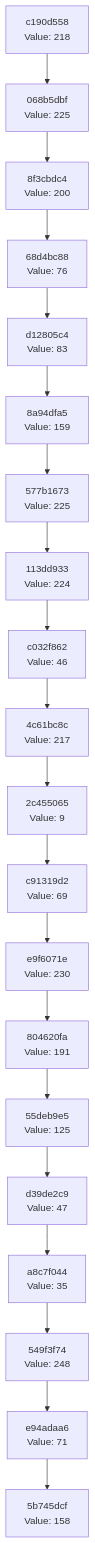
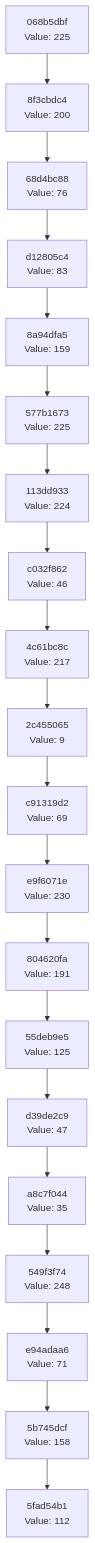
Before and after one commit to Abhisheksinha1506/hash-chain-evolver: the diagram in docs/CHAIN_VISUALIZATION.md, drawn with Mermaid. The commit also changed 3 other files, not shown here.

````diff
--- a/docs/CHAIN_VISUALIZATION.md
+++ b/docs/CHAIN_VISUALIZATION.md
@@ -3,42 +3,42 @@
 ```mermaid
 graph TD
-    C0["5b745dcf<br/>Value: 158"]
-    C1["e94adaa6<br/>Value: 71"]
+    C0["5fad54b1<br/>Value: 112"]
+    C1["5b745dcf<br/>Value: 158"]
     C1 --> C0
-    C2["549f3f74<br/>Value: 248"]
+    C2["e94adaa6<br/>Value: 71"]
     C2 --> C1
-    C3["a8c7f044<br/>Value: 35"]
+    C3["549f3f74<br/>Value: 248"]
     C3 --> C2
-    C4["d39de2c9<br/>Value: 47"]
+    C4["a8c7f044<br/>Value: 35"]
     C4 --> C3
-    C5["55deb9e5<br/>Value: 125"]
+    C5["d39de2c9<br/>Value: 47"]
     C5 --> C4
-    C6["804620fa<br/>Value: 191"]
+    C6["55deb9e5<br/>Value: 125"]
     C6 --> C5
-    C7["e9f6071e<br/>Value: 230"]
+    C7["804620fa<br/>Value: 191"]
     C7 --> C6
-    C8["c91319d2<br/>Value: 69"]
+    C8["e9f6071e<br/>Value: 230"]
     C8 --> C7
-    C9["2c455065<br/>Value: 9"]
+    C9["c91319d2<br/>Value: 69"]
     C9 --> C8
-    C10["4c61bc8c<br/>Value: 217"]
+    C10["2c455065<br/>Value: 9"]
     C10 --> C9
-    C11["c032f862<br/>Value: 46"]
+    C11["4c61bc8c<br/>Value: 217"]
     C11 --> C10
-    C12["113dd933<br/>Value: 224"]
+    C12["c032f862<br/>Value: 46"]
     C12 --> C11
-    C13["577b1673<br/>Value: 225"]
+    C13["113dd933<br/>Value: 224"]
     C13 --> C12
-    C14["8a94dfa5<br/>Value: 159"]
+    C14["577b1673<br/>Value: 225"]
     C14 --> C13
-    C15["d12805c4<br/>Value: 83"]
+    C15["8a94dfa5<br/>Value: 159"]
     C15 --> C14
-    C16["68d4bc88<br/>Value: 76"]
+    C16["d12805c4<br/>Value: 83"]
     C16 --> C15
-    C17["8f3cbdc4<br/>Value: 200"]
+    C17["68d4bc88<br/>Value: 76"]
     C17 --> C16
-    C18["068b5dbf<br/>Value: 225"]
+    C18["8f3cbdc4<br/>Value: 200"]
     C18 --> C17
-    C19["c190d558<br/>Value: 218"]
+    C19["068b5dbf<br/>Value: 225"]
     C19 --> C18
 ```
````
